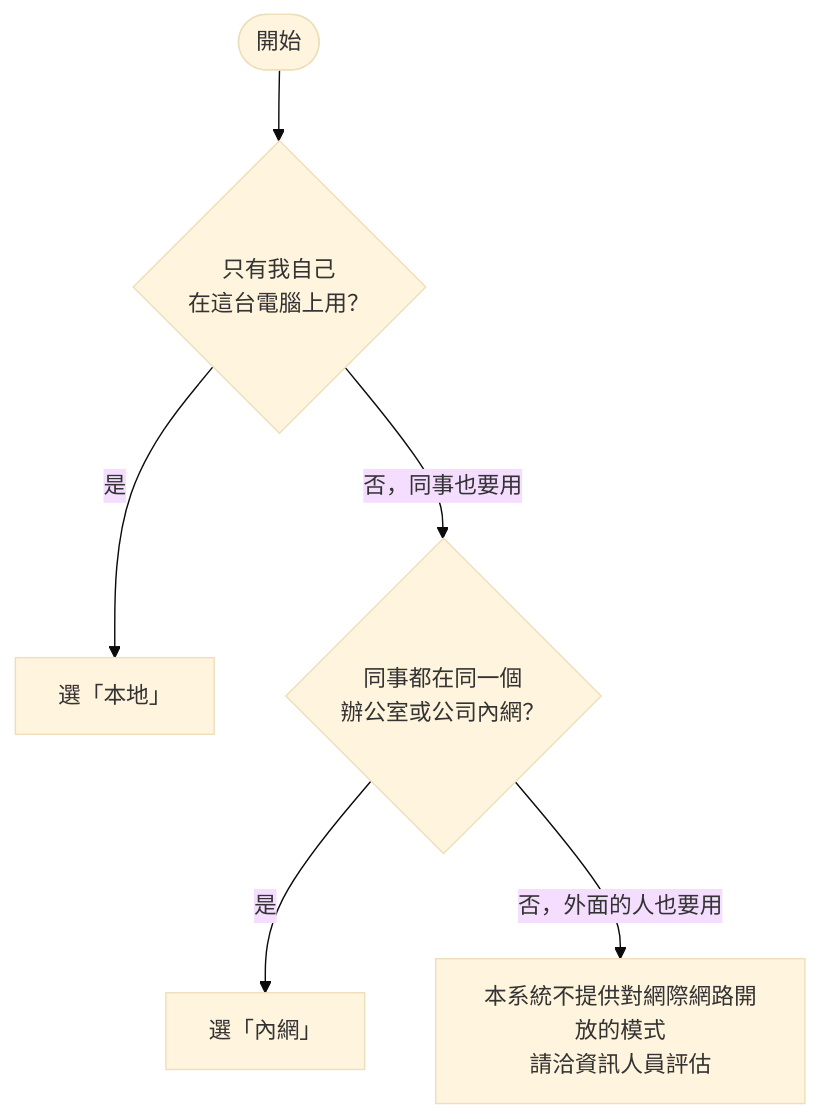
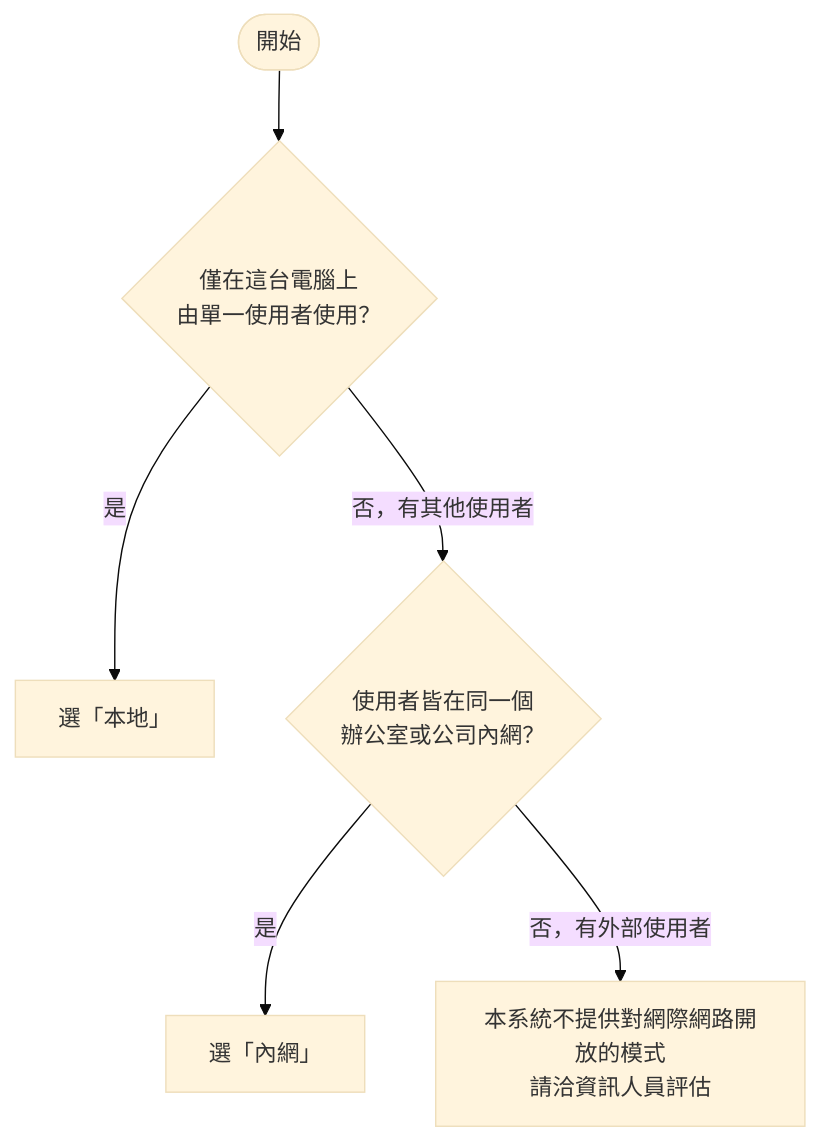
The diagram in doc_site/content/docs/quickstart/index.md (ttcdog115016/Demo), drawn with Mermaid (base theme) before and after one commit. The commit also changed other lines of this file and 7 other files, not shown here.

````diff
--- a/doc_site/content/docs/quickstart/index.md
+++ b/doc_site/content/docs/quickstart/index.md
@@ -23,8 +23,8 @@
 ```mermaid
 flowchart TD
-    A([開始]) --> B{只有我自己<br/>在這台電腦上用？}
+    A([開始]) --> B{僅在這台電腦上<br/>由單一使用者使用？}
     B -- 是 --> L[選「本地」]
-    B -- 否，同事也要用 --> C{同事都在同一個<br/>辦公室或公司內網？}
+    B -- 否，有其他使用者 --> C{使用者皆在同一個<br/>辦公室或公司內網？}
     C -- 是 --> N[選「內網」]
-    C -- 否，外面的人也要用 --> O[本系統不提供對網際網路開放的模式<br/>請洽資訊人員評估]
+    C -- 否，有外部使用者 --> O[本系統不提供對網際網路開放的模式<br/>請洽資訊人員評估]
 ```
````
